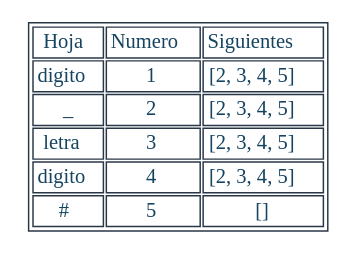
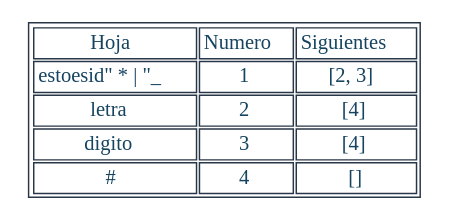
Before and after one commit to JeffMendez/OCL_Proyecto1_201901557: the diagram in Regexive/archivos/SIGUIENTES_201901557/RegEx3.dot, drawn with Graphviz. The commit also changed 117 other files, not shown here.

```diff
--- a/Regexive/archivos/SIGUIENTES_201901557/RegEx3.dot
+++ b/Regexive/archivos/SIGUIENTES_201901557/RegEx3.dot
@@ -1,20 +1,19 @@
 digraph T {
 aHtmlTable [
    shape=plaintext
    color="#283747" fontcolor="#154360" label=<
 
    <table border='1' cellborder='1'>
    <tr>
       <td>Hoja</td>
       <td>Numero</td>
       <td>Siguientes</td>
-   </tr>	<tr><td>digito</td><td>1</td><td>[2, 3, 4, 5]</td></tr>
-	<tr><td>_</td><td>2</td><td>[2, 3, 4, 5]</td></tr>
-	<tr><td>letra</td><td>3</td><td>[2, 3, 4, 5]</td></tr>
-	<tr><td>digito</td><td>4</td><td>[2, 3, 4, 5]</td></tr>
-	<tr><td>#</td><td>5</td><td>[]</td></tr>
+   </tr>	<tr><td>estoesid" * | "_</td><td>1</td><td>[2, 3]</td></tr>
+	<tr><td>letra</td><td>2</td><td>[4]</td></tr>
+	<tr><td>digito</td><td>3</td><td>[4]</td></tr>
+	<tr><td>#</td><td>4</td><td>[]</td></tr>
 </table>
 
    >]; 
 
 }
```
